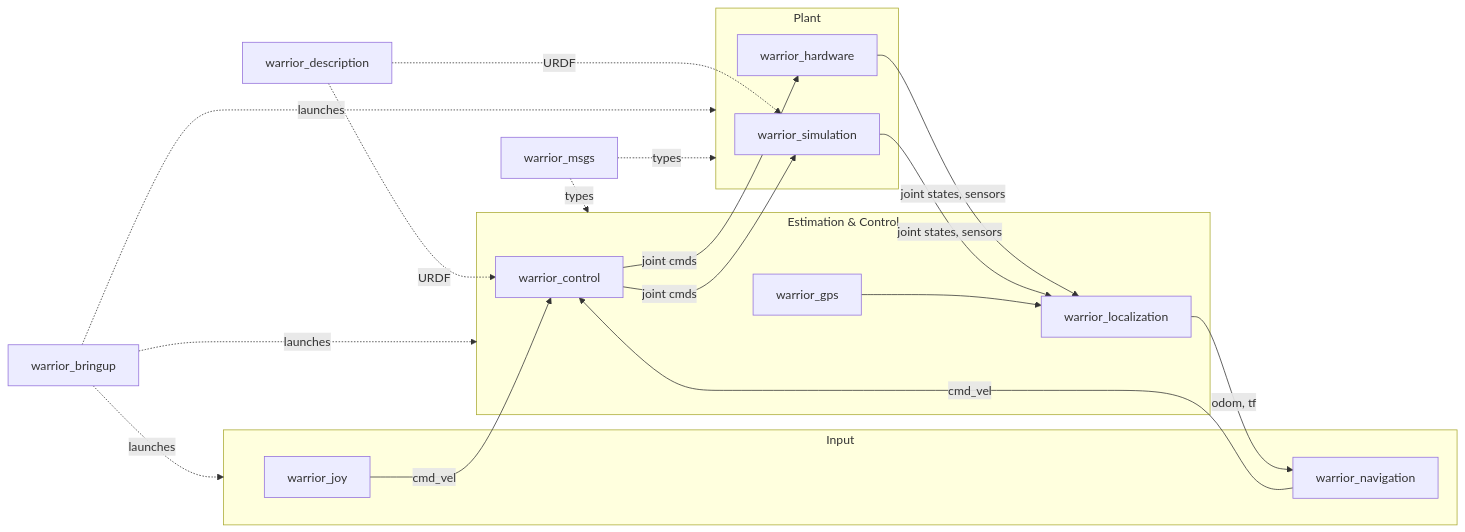
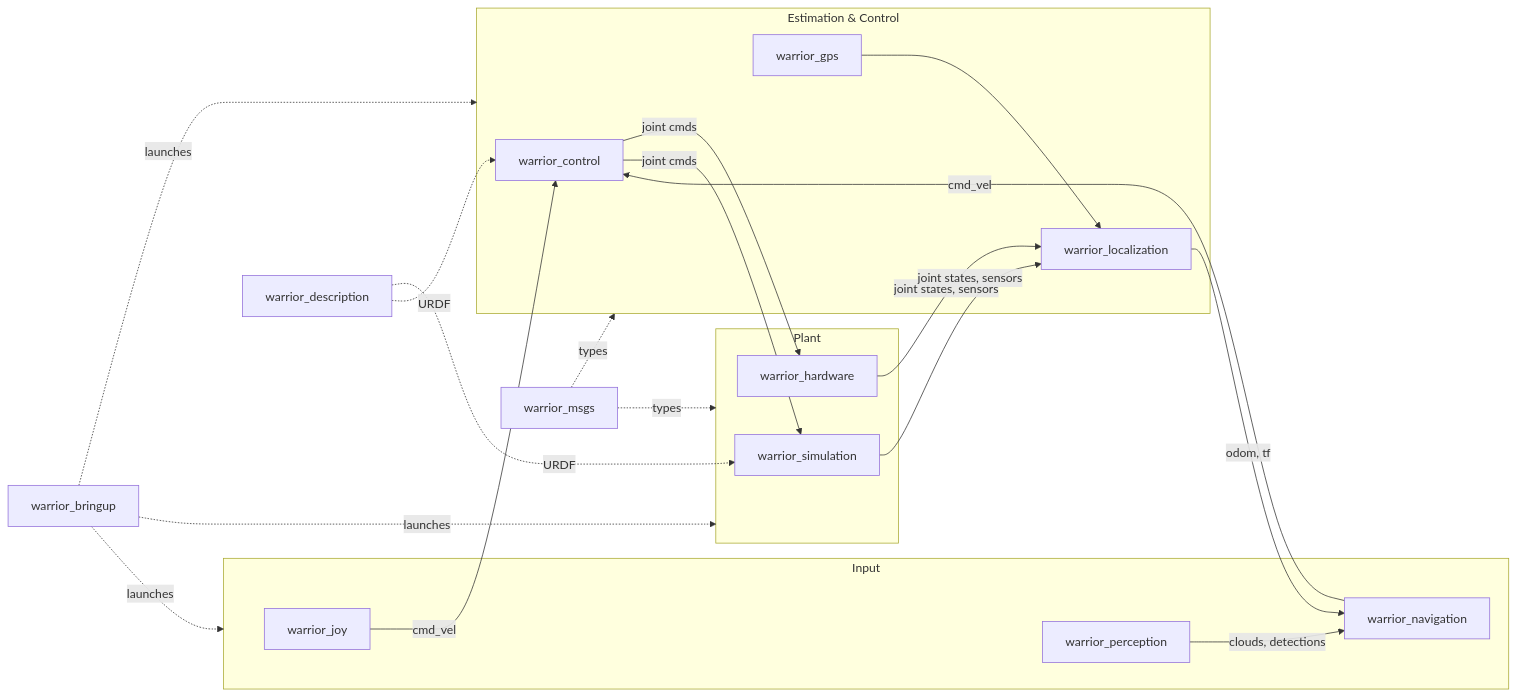
One commit to waynerobotics/Warrior_2026 changed the diagram in README.md. Above: the diagram before and after it, drawn with Mermaid. The commit also changed other lines of this file and 2 other files, not shown here.

````diff
--- a/README.md
+++ b/README.md
@@ -16,38 +16,40 @@
 ```mermaid
 flowchart LR
     subgraph INPUT["Input"]
         JOY[warrior_joy]
         NAV[warrior_navigation]
+        PERC[warrior_perception]
     end
 
     subgraph BRAIN["Estimation & Control"]
         LOC[warrior_localization]
         GPS[warrior_gps]
         CTRL[warrior_control]
     end
 
     subgraph PLANT["Plant"]
         SIM[warrior_simulation]
         HW[warrior_hardware]
     end
 
     DESC[warrior_description]
     BRINGUP[warrior_bringup]
     MSGS[warrior_msgs]
 
     JOY -->|cmd_vel| CTRL
     NAV -->|cmd_vel| CTRL
     CTRL -->|joint cmds| HW
     CTRL -->|joint cmds| SIM
     HW -->|joint states, sensors| LOC
     SIM -->|joint states, sensors| LOC
     GPS --> LOC
+    PERC -->|clouds, detections| NAV
     LOC -->|odom, tf| NAV
     DESC -.->|URDF| SIM
     DESC -.->|URDF| CTRL
     BRINGUP -.->|launches| BRAIN
     BRINGUP -.->|launches| PLANT
     BRINGUP -.->|launches| INPUT
     MSGS -.->|types| BRAIN
     MSGS -.->|types| PLANT
 ```
````
